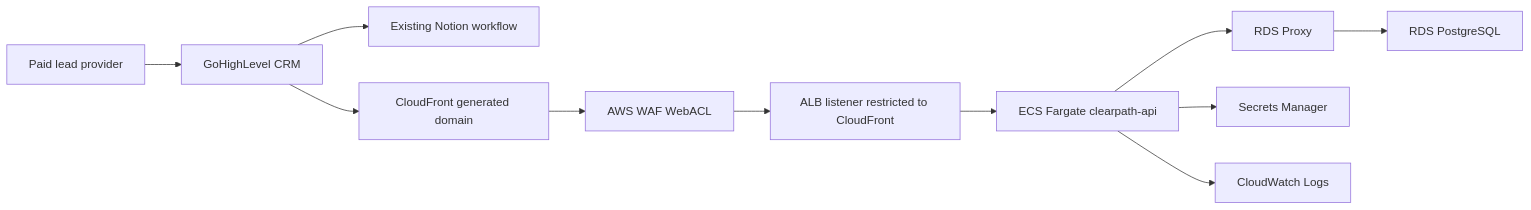
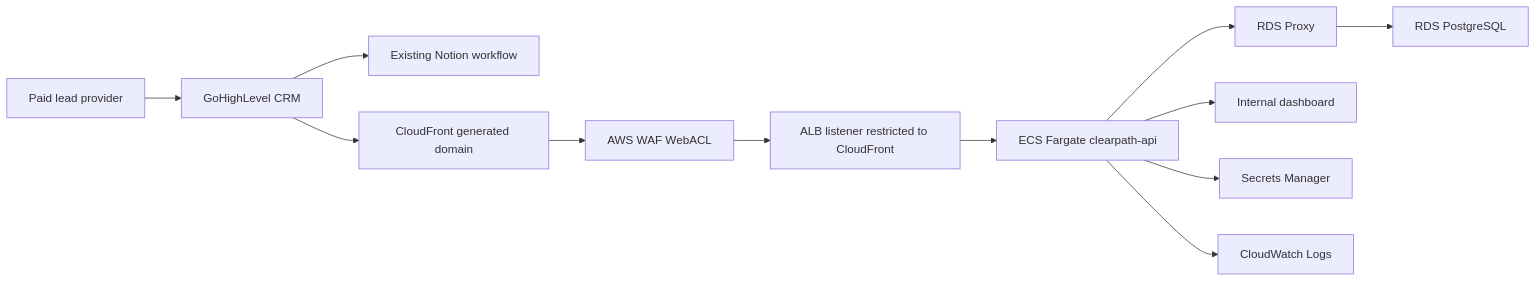
Before and after one commit to manynames3/clearpath-fargate-api: the diagram in README.md, drawn with Mermaid. The commit also changed other lines of this file and 19 other files, not shown here.

````diff
--- a/README.md
+++ b/README.md
@@ -209,13 +224,14 @@
 ```mermaid
 flowchart LR
     provider["Paid lead provider"] --> ghl["GoHighLevel CRM"]
     ghl --> notion["Existing Notion workflow"]
     ghl --> cf["CloudFront generated domain"]
     cf --> waf["AWS WAF WebACL"]
     waf --> alb["ALB listener restricted to CloudFront"]
     alb --> ecs["ECS Fargate clearpath-api"]
     ecs --> proxy["RDS Proxy"]
     proxy --> db["RDS PostgreSQL"]
+    ecs --> dashboard["Internal dashboard"]
     ecs --> secrets["Secrets Manager"]
     ecs --> logs["CloudWatch Logs"]
 ```
````
